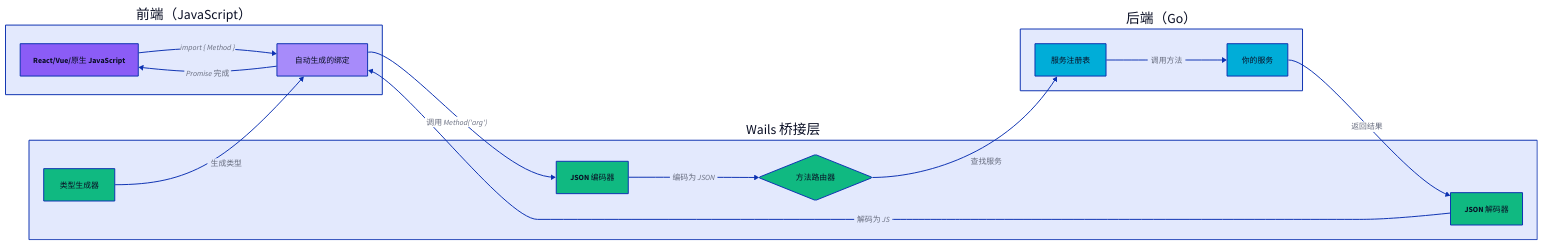
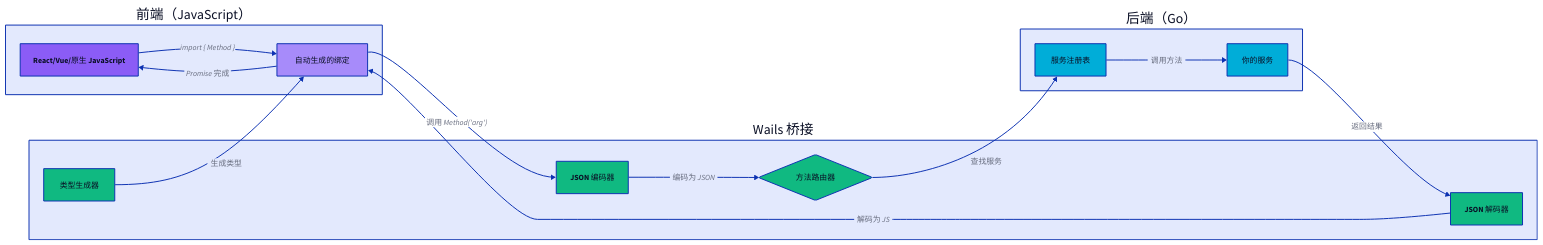
The first of 2 diagrams in docs/mpress/content/zh-cn/concepts/bridge.md (wailsapp/wails), drawn with D2 before and after one commit. The commit also changed other lines of this file and 1419 other files, not shown here.

````diff
--- a/docs/mpress/content/zh-cn/concepts/bridge.md
+++ b/docs/mpress/content/zh-cn/concepts/bridge.md
@@ -14,59 +14,59 @@
 ```d2
 direction: right
 
 Frontend: 前端（JavaScript） {
   UI: React/Vue/原生 JavaScript {
     shape: rectangle
     style.fill: "#8B5CF6"
   }
 
   Bindings: 自动生成的绑定 {
     shape: rectangle
     style.fill: "#A78BFA"
   }
 }
 
-Bridge: Wails 桥接层 {
+Bridge: Wails 桥接 {
   Encoder: JSON 编码器 {
     shape: rectangle
     style.fill: "#10B981"
   }
 
   Router: 方法路由器 {
     shape: diamond
     style.fill: "#10B981"
   }
 
   Decoder: JSON 解码器 {
     shape: rectangle
     style.fill: "#10B981"
   }
 
   TypeGen: 类型生成器 {
     shape: rectangle
     style.fill: "#10B981"
   }
 }
 
 Backend: 后端（Go） {
   Services: 你的服务 {
     shape: rectangle
     style.fill: "#00ADD8"
   }
 
   Registry: 服务注册表 {
     shape: rectangle
     style.fill: "#00ADD8"
   }
 }
 
 Frontend.UI -> Frontend.Bindings: "import { Method }"
 Frontend.Bindings -> Bridge.Encoder: "调用 Method('arg')"
 Bridge.Encoder -> Bridge.Router: 编码为 JSON
 Bridge.Router -> Backend.Registry: 查找服务
 Backend.Registry -> Backend.Services: 调用方法
 Backend.Services -> Bridge.Decoder: 返回结果
 Bridge.Decoder -> Frontend.Bindings: 解码为 JS
 Frontend.Bindings -> Frontend.UI: Promise 完成
 Bridge.TypeGen -> Frontend.Bindings: 生成类型
 ```
````
